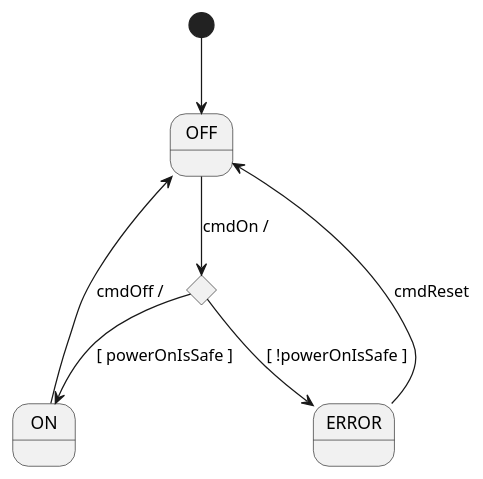
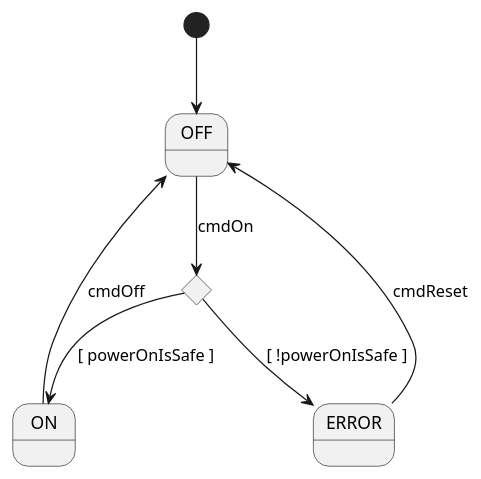
Before and after one commit to nasa/fpp: the diagram in docs/users-guide/diagrams/state-machine/Choices.puml, drawn with PlantUML. The commit also changed 16 other files, not shown here.

Commit message:
Revise state machine diagrams

```diff
--- a/docs/users-guide/diagrams/state-machine/Choices.puml
+++ b/docs/users-guide/diagrams/state-machine/Choices.puml
@@ -1,16 +1,16 @@
 @startuml
 
 [*] --> OFF
 
 state OFF
 state ON
 state ON_OR_ERROR <<choice>>
 state ERROR
 
-OFF --> ON_OR_ERROR : cmdOn /
+OFF --> ON_OR_ERROR : cmdOn
 ON_OR_ERROR --> ON : [ powerOnIsSafe ]
 ON_OR_ERROR --> ERROR : [ !powerOnIsSafe ]
-ON --> OFF : cmdOff /
+ON --> OFF : cmdOff
 ERROR --> OFF : cmdReset
 
 @enduml
```
